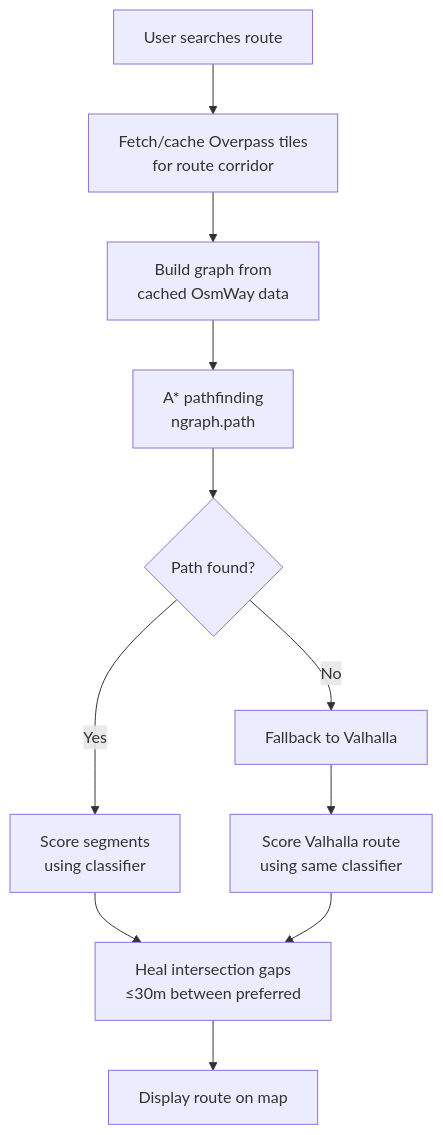
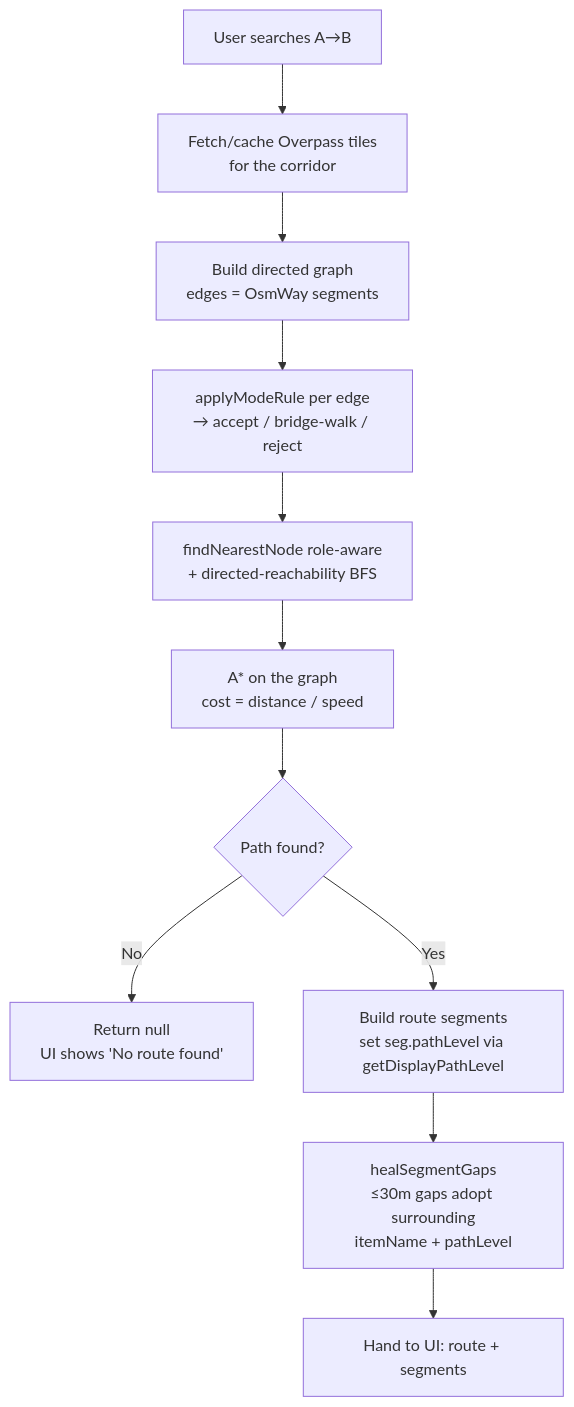
The fourth of 5 diagrams in docs/product/architecture.md (fryanpan/bike-route-finder), drawn with Mermaid before and after one commit. The commit also changed other lines of this file, not shown here.

````diff
--- a/docs/product/architecture.md
+++ b/docs/product/architecture.md
@@ -50,13 +179,13 @@
 ```mermaid
 flowchart TD
-    Start[User searches route] --> Fetch[Fetch/cache Overpass tiles<br/>for route corridor]
-    Fetch --> Build[Build graph from<br/>cached OsmWay data]
-    Build --> AStar[A* pathfinding<br/>ngraph.path]
+    Start[User searches A→B] --> Fetch[Fetch/cache Overpass tiles<br/>for the corridor]
+    Fetch --> Build[Build directed graph<br/>edges = OsmWay segments]
+    Build --> Apply[applyModeRule per edge<br/>→ accept / bridge-walk / reject]
+    Apply --> Snap[findNearestNode role-aware<br/>+ directed-reachability BFS]
+    Snap --> AStar[A* on the graph<br/>cost = distance / speed]
     AStar --> Found{Path found?}
-    Found -->|Yes| Score[Score segments<br/>using classifier]
-    Found -->|No| Fallback[Fallback to Valhalla]
-    Score --> Heal[Heal intersection gaps<br/>≤30m between preferred]
-    Heal --> Display[Display route on map]
-    Fallback --> ValScore[Score Valhalla route<br/>using same classifier]
-    ValScore --> Heal
+    Found -->|No| Null[Return null<br/>UI shows 'No route found']
+    Found -->|Yes| Build2[Build route segments<br/>set seg.pathLevel via getDisplayPathLevel]
+    Build2 --> Heal[healSegmentGaps<br/>≤30m gaps adopt surrounding<br/>itemName + pathLevel]
+    Heal --> Display[Hand to UI: route + segments]
 ```
````
